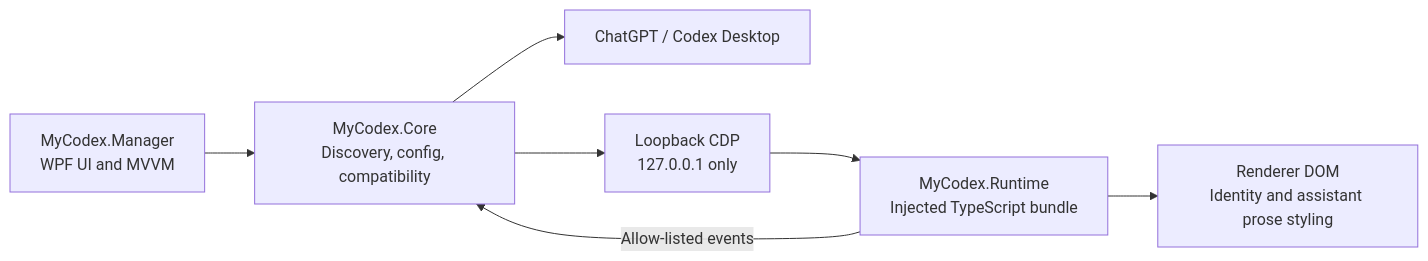
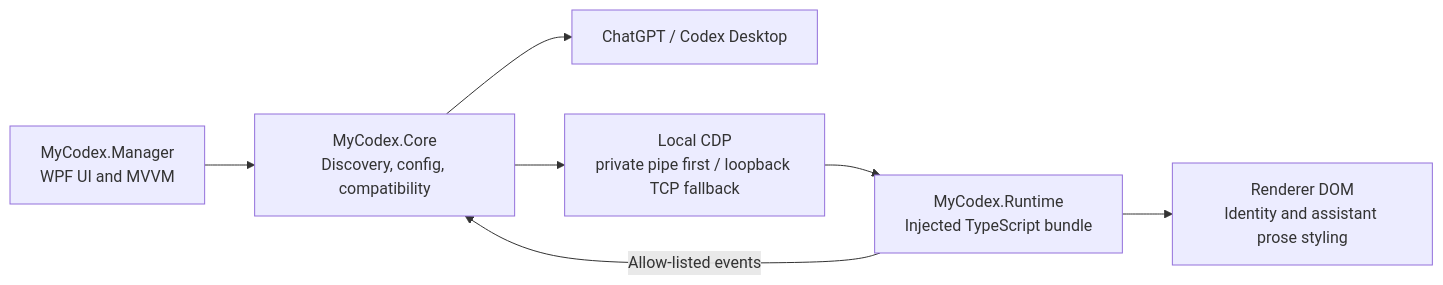
One commit to crikok0721/MyCO changed the second of 2 diagrams in README.en-US.md. Above: the diagram before and after it, drawn with Mermaid. The commit also changed other lines of this file and 59 other files, not shown here.

````diff
--- a/README.en-US.md
+++ b/README.en-US.md
@@ -189,9 +190,9 @@
 ```mermaid
 flowchart LR
     UI["MyCodex.Manager<br/>WPF UI and MVVM"] --> Core["MyCodex.Core<br/>Discovery, config, compatibility"]
     Core --> Desktop["ChatGPT / Codex Desktop"]
-    Core --> CDP["Loopback CDP<br/>127.0.0.1 only"]
+    Core --> CDP["Local CDP<br/>private pipe first / loopback TCP fallback"]
     CDP --> Runtime["MyCodex.Runtime<br/>Injected TypeScript bundle"]
     Runtime --> DOM["Renderer DOM<br/>Identity and assistant prose styling"]
     Runtime -->|"Allow-listed events"| Core
 ```
````
